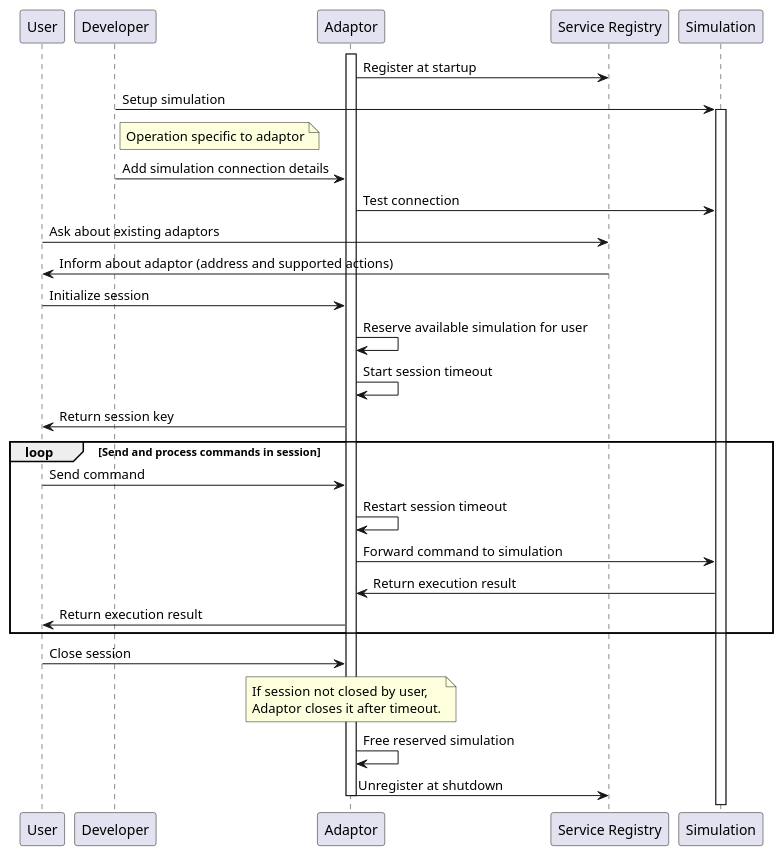
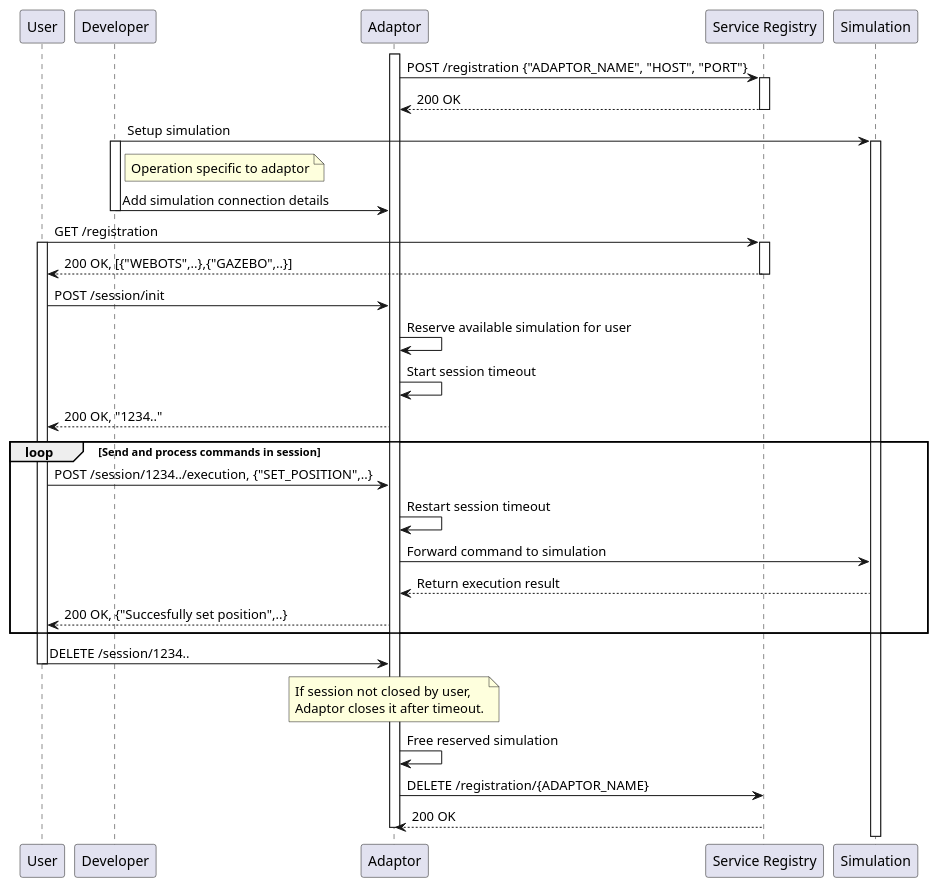
The diagram in adaptor/adaptor-concept.puml (jku-swe-simcomp/project-management), drawn with PlantUML before and after one commit. The commit also changed 32 other files, not shown here.

Commit message:
updated diagrams

```diff
--- a/adaptor/adaptor-concept.puml
+++ b/adaptor/adaptor-concept.puml
@@ -1,36 +1,45 @@
 @startuml
 participant "User" as U
 participant "Developer" as D
 participant "Adaptor" as A
 participant "Service Registry" as SR
 participant "Simulation" as S
 
 activate A
-A -> SR: Register at startup
+A -> SR: POST /registration {"ADAPTOR_NAME", "HOST", "PORT"}
+activate SR
+SR --> A: 200 OK
+deactivate SR
 D -> S: Setup simulation
+activate D
 activate S
 note right of D: Operation specific to adaptor
 D -> A: Add simulation connection details
-A -> S: Test connection
-U -> SR: Ask about existing adaptors
-SR -> U: Inform about adaptor (address and supported actions)
-U -> A: Initialize session
+deactivate D
+U -> SR: GET /registration
+activate SR
+activate U
+SR --> U: 200 OK, [{"WEBOTS",..},{"GAZEBO",..}]
+deactivate SR
+U -> A: POST /session/init
 A -> A: Reserve available simulation for user
 A -> A: Start session timeout
-A -> U: Return session key
+A --> U: 200 OK, "1234.."
 loop Send and process commands in session
-    U -> A: Send command
+    U -> A: POST /session/1234../execution, {"SET_POSITION",..}
 	A -> A: Restart session timeout
     A -> S: Forward command to simulation
-    S -> A: Return execution result
-    A -> U: Return execution result
+    S --> A: Return execution result
+    A --> U: 200 OK, {"Succesfully set position",..}
 end
 
-U -> A: Close session
+U -> A: DELETE /session/1234..
+deactivate U
 note over A: If session not closed by user, \nAdaptor closes it after timeout.
 A -> A: Free reserved simulation
-A -> SR: Unregister at shutdown
+A -> SR: DELETE /registration/{ADAPTOR_NAME}
+SR --> A: 200 OK
 deactivate A
 
 
 @enduml
```
